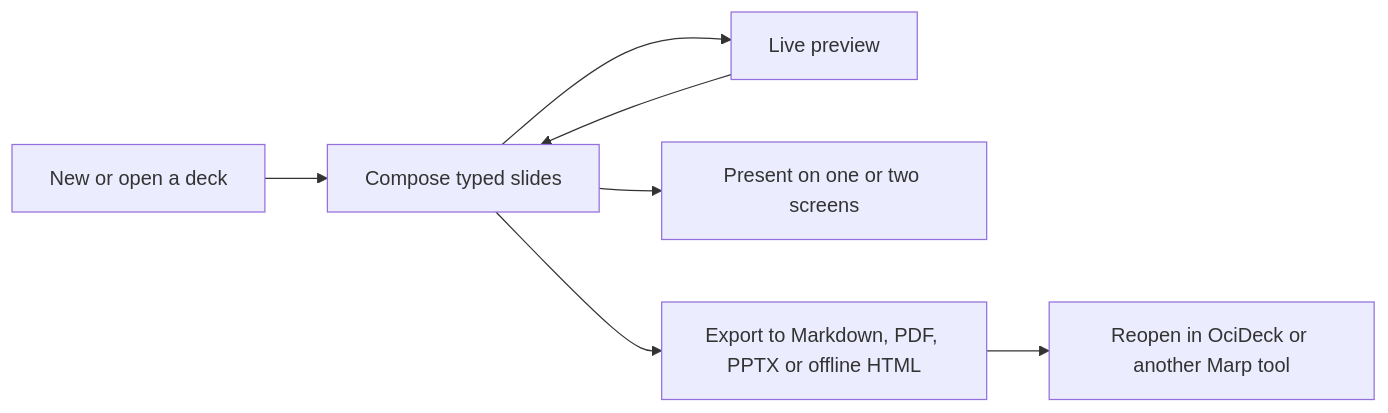
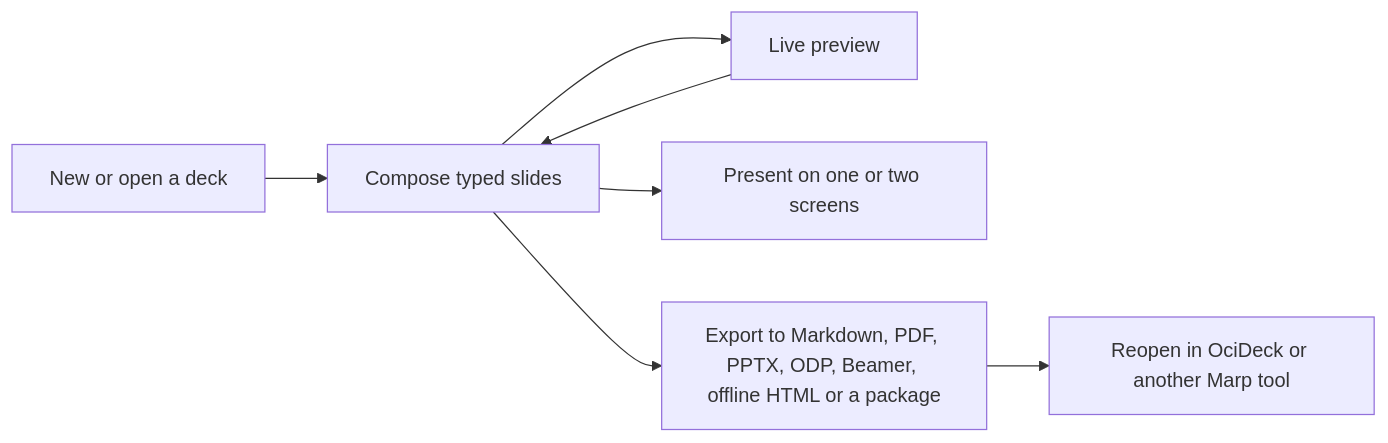
One commit to brennodewinter/Ocideck changed the diagram in docs/USER_GUIDE.md. Above: the diagram before and after it, drawn with Mermaid. The commit also changed other lines of this file and 16 other files, not shown here.

````diff
--- a/docs/USER_GUIDE.md
+++ b/docs/USER_GUIDE.md
@@ -60,9 +61,9 @@
 ```mermaid
 flowchart LR
     New[New or open a deck] --> Edit[Compose typed slides]
     Edit --> Preview[Live preview]
     Preview --> Edit
     Edit --> Present[Present on one or two screens]
-    Edit --> Export[Export to Markdown, PDF, PPTX or offline HTML]
+    Edit --> Export[Export to Markdown, PDF, PPTX, ODP, Beamer, offline HTML or a package]
     Export --> Reuse[Reopen in OciDeck or another Marp tool]
 ```
````
